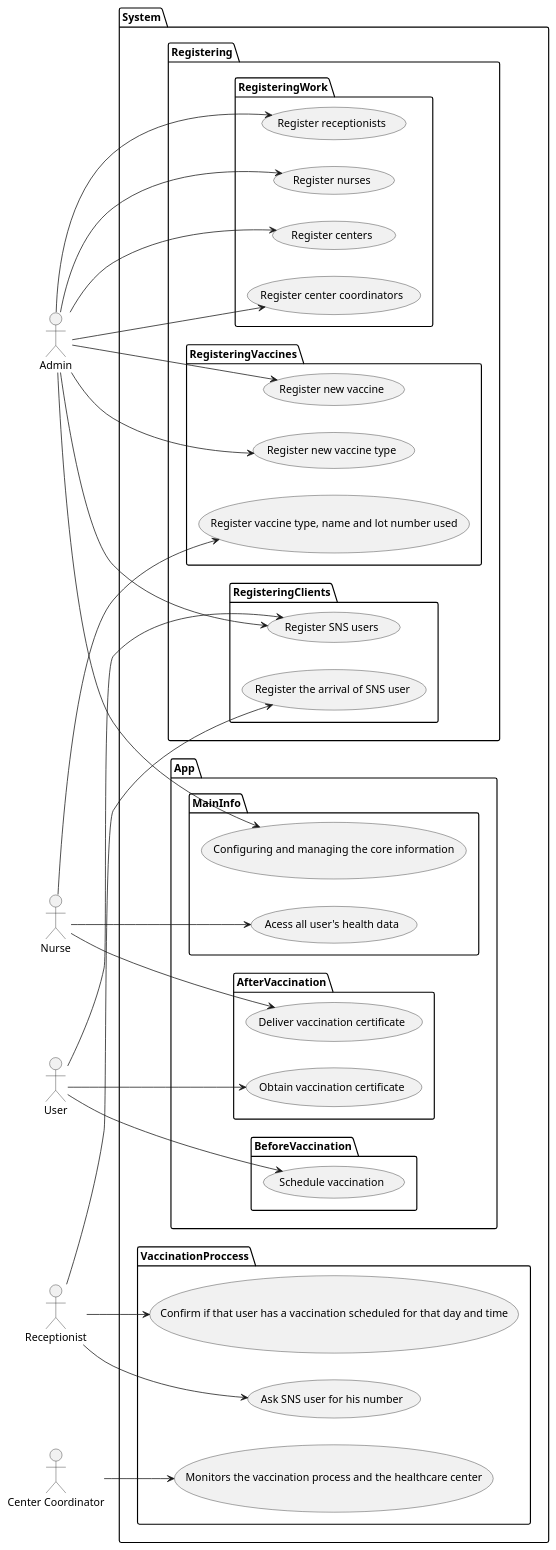
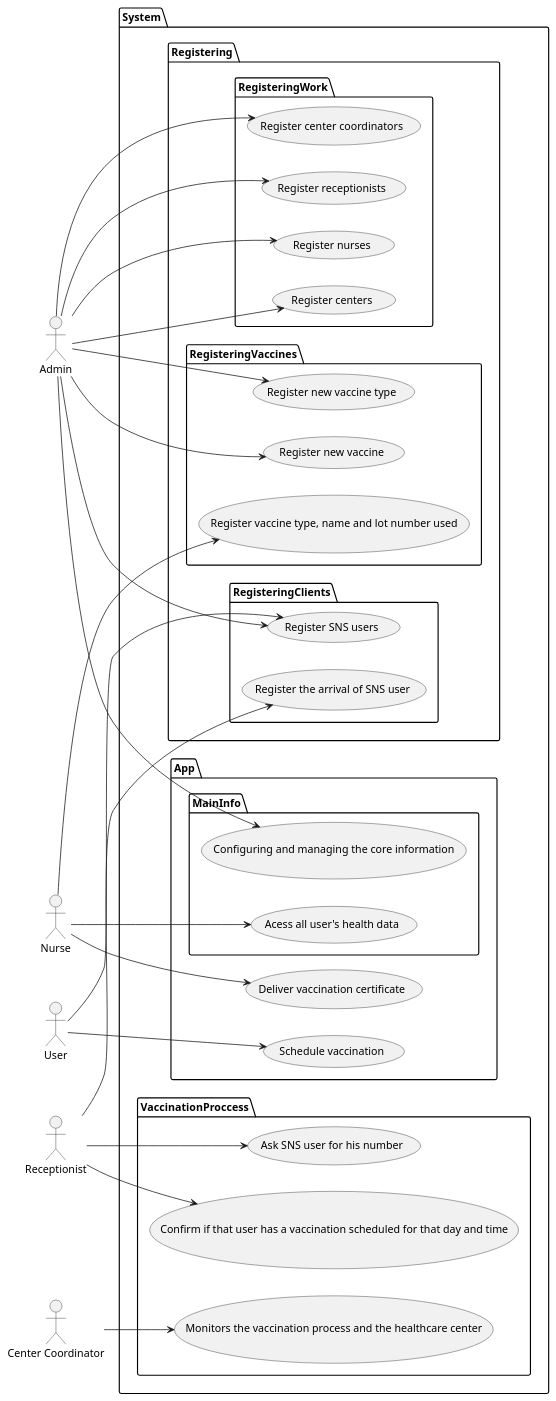
One commit to PedroMesquita1211171/VaccinationManager changed the diagram in docs/SprintA/Diagram.puml. Above: the diagram before and after it, drawn with PlantUML. The commit also changed 3 other files, not shown here.

```diff
--- a/docs/SprintA/Diagram.puml
+++ b/docs/SprintA/Diagram.puml
@@ -1,82 +1,77 @@
 @startuml
 actor "Admin" as adm
 actor "Nurse" as nur
 actor "Receptionist" as rcp
 actor "User" as user
 actor "Center Coordinator" as cc
 
 package System{
    package Registering{
     package RegisteringVaccines{
         usecase UC15 as "Register vaccine type, name and lot number used"
         usecase UC16 as "Register new vaccine"
         usecase UC17 as "Register new vaccine type"
     }
     package RegisteringWork{
         usecase UC07 as "Register center coordinators"
         usecase UC08 as "Register receptionists"
         usecase UC09 as "Register nurses"
         usecase UC05 as "Register centers"
     }
     package RegisteringClients{
         usecase UC06 as "Register SNS users"
         usecase UC11 as "Register the arrival of SNS user"
     }
 
  }
    package VaccinationProccess{
       usecase UC12 as "Ask SNS user for his number"
       usecase UC13 as "Confirm if that user has a vaccination scheduled for that day and time"
       usecase UC18 as "Monitors the vaccination process and the healthcare center"
    }
 
 
 package App{
-     package BeforeVaccination{
+
          usecase UC01 as "Schedule vaccination"
-     }
-     package AfterVaccination{
-         usecase UC02 as "Obtain vaccination certificate"
          usecase UC03 as "Deliver vaccination certificate"
-     }
      package MainInfo{
              usecase UC04 as "Acess all user's health data"
              usecase UC10 as "Configuring and managing the core information"
      }
 
 }
 
 
 
 }
 
 
 
 
 left to right direction
 user --> (UC01)
-user --> (UC02)
 user --> (UC06)
 
 
 adm --> (UC10)
 adm --> (UC05)
 adm --> (UC06)
 adm --> (UC07)
 adm --> (UC08)
 adm --> (UC09)
 adm --> (UC16)
 adm --> (UC17)
 
 
 nur --> (UC03)
 nur --> (UC04)
 rcp --> (UC11)
 rcp --> (UC12)
 rcp --> (UC13)
 nur --> (UC15)
 
 
 cc --> (UC18)
 
 @enduml do ano passado
```
